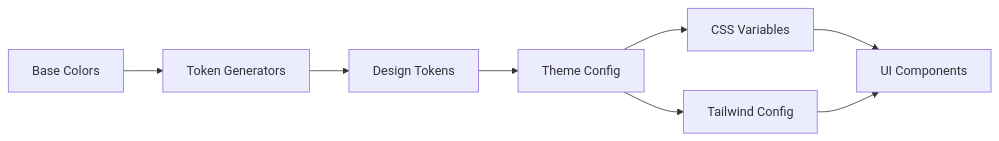
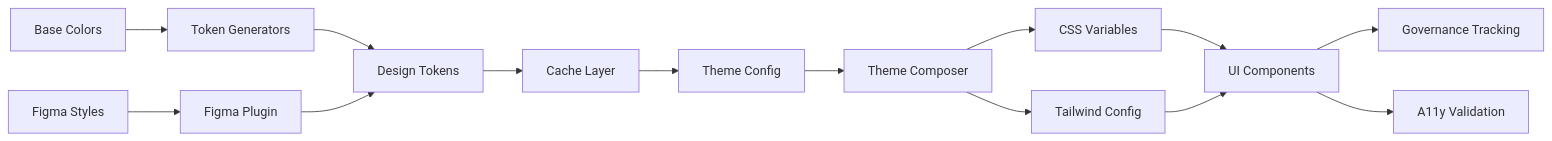
Before and after one commit to foozio/websmith: the second of 8 diagrams in ERD.md, drawn with Mermaid. The commit also changed other lines of this file and 1 other file, not shown here.

First line of the commit message:
docs: update PRD and ERD to reflect all implemented features

````diff
--- a/ERD.md
+++ b/ERD.md
@@ -33,10 +44,17 @@
 ```mermaid
 flowchart LR
     A[Base Colors] --> B[Token Generators]
     B --> C[Design Tokens]
-    C --> D[Theme Config]
-    D --> E[CSS Variables]
-    D --> F[Tailwind Config]
-    E --> G[UI Components]
-    F --> G
+    C --> D[Cache Layer]
+    D --> E[Theme Config]
+    E --> F[Theme Composer]
+    F --> G[CSS Variables]
+    F --> H[Tailwind Config]
+    G --> I[UI Components]
+    H --> I
+    I --> J[Governance Tracking]
+    I --> K[A11y Validation]
+    
+    L[Figma Styles] --> M[Figma Plugin]
+    M --> C
 ```
````
